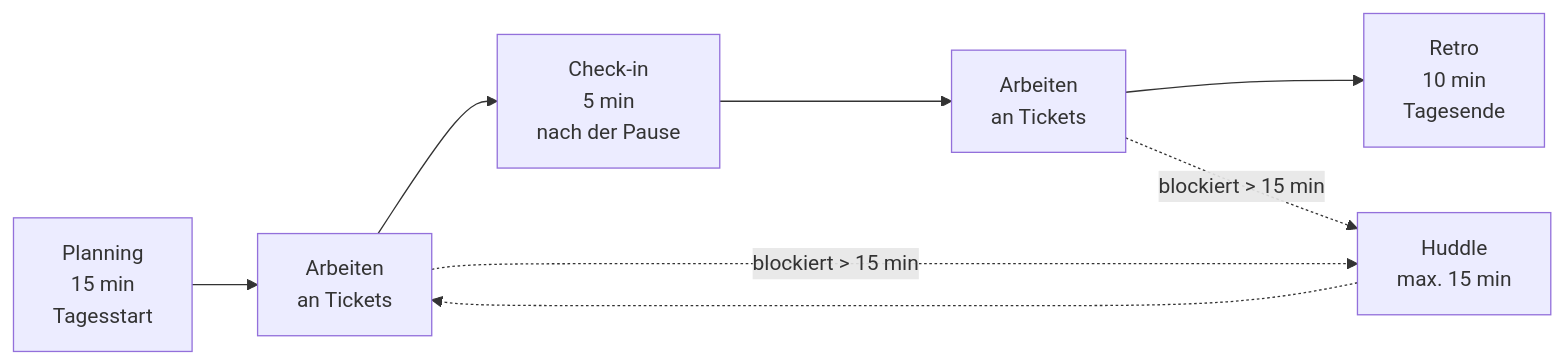
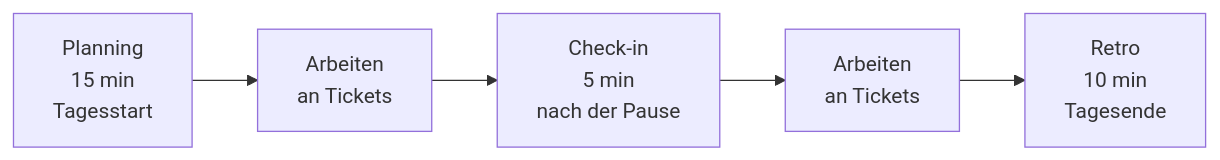
The first of 3 diagrams in docs/Meetings_Arbeitsprozesse.md (m324-ap23a-team3/team), drawn with Mermaid before and after one commit. The commit also changed other lines of this file, not shown here.

Commit message:
m324-ap23a-team3/team#4 D3: Huddle entfernt

````diff
--- a/docs/Meetings_Arbeitsprozesse.md
+++ b/docs/Meetings_Arbeitsprozesse.md
@@ -26,10 +26,7 @@
 ```mermaid
 flowchart LR
     A["Planning<br/>15 min<br/>Tagesstart"] --> B["Arbeiten<br/>an Tickets"]
     B --> C["Check-in<br/>5 min<br/>nach der Pause"]
     C --> D["Arbeiten<br/>an Tickets"]
     D --> E["Retro<br/>10 min<br/>Tagesende"]
-    B -. "blockiert > 15 min" .-> H["Huddle<br/>max. 15 min"]
-    D -. "blockiert > 15 min" .-> H
-    H -.-> B
 ```
````
